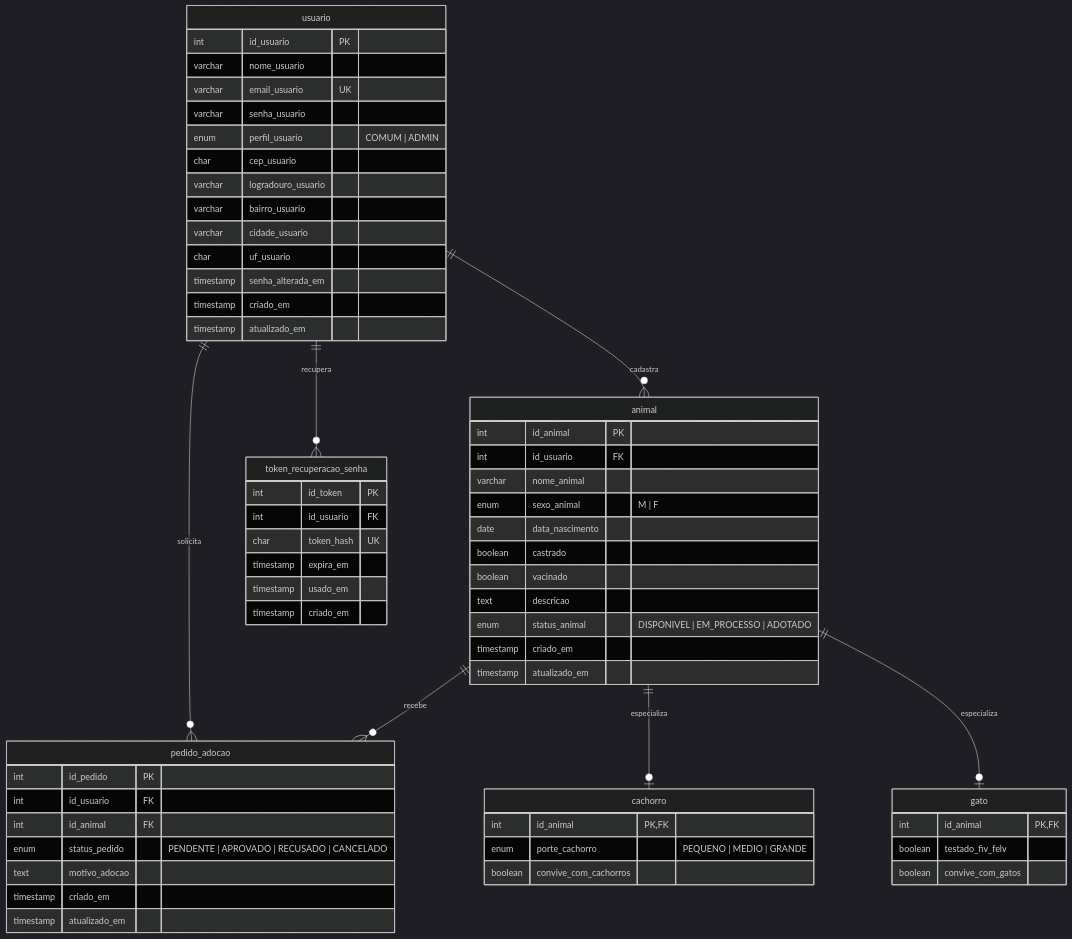
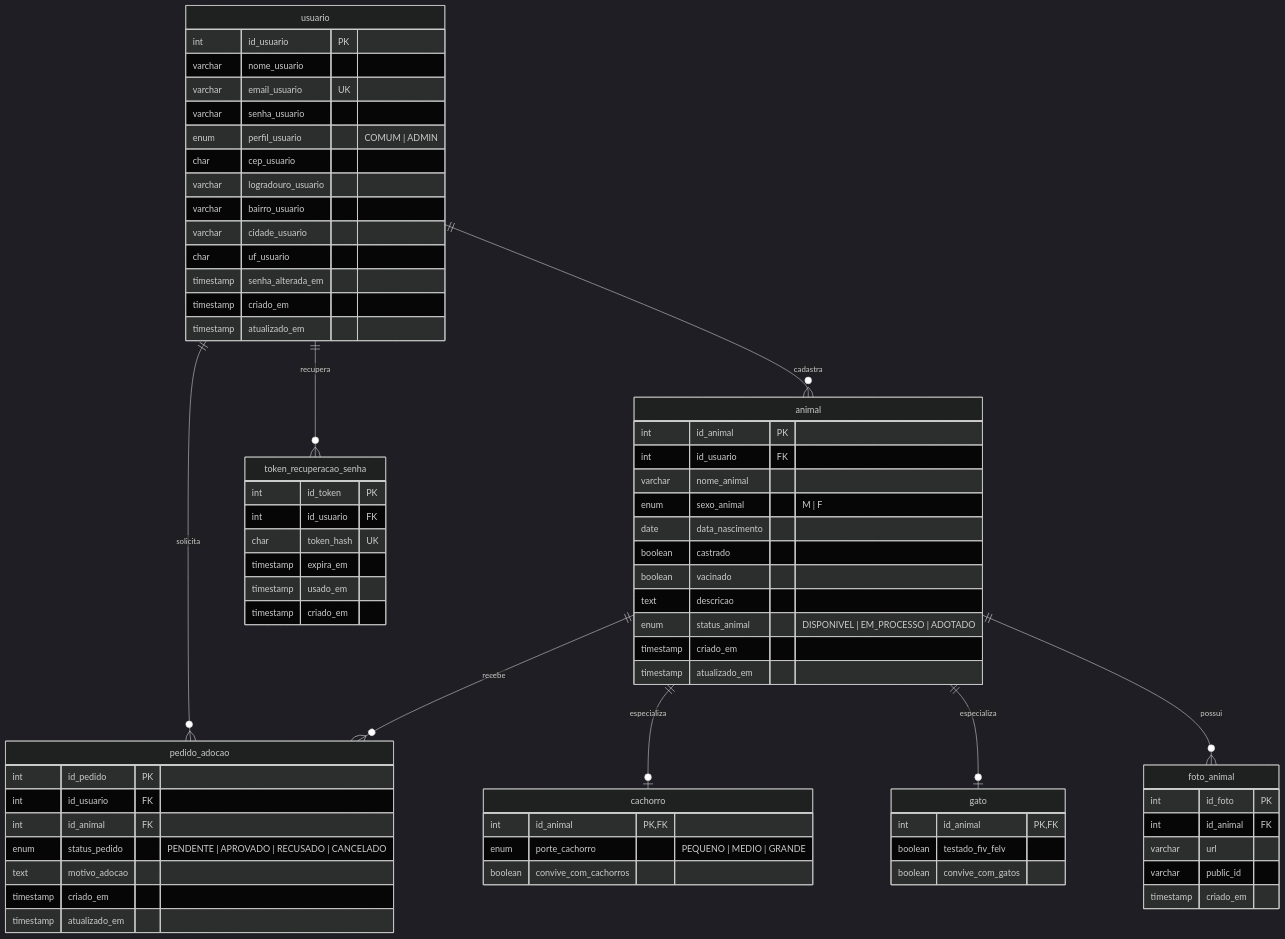
Before and after one commit to IsadoraRB-dge/Trilha-Backend-CompJr: the diagram in README.md, drawn with Mermaid (dark theme). The commit also changed other lines of this file, not shown here.

````diff
--- a/README.md
+++ b/README.md
@@ -63,65 +68,73 @@
 ```mermaid
 erDiagram
     usuario ||--o{ animal : cadastra
     usuario ||--o{ pedido_adocao : solicita
     usuario ||--o{ token_recuperacao_senha : recupera
     animal ||--o{ pedido_adocao : recebe
     animal ||--o| cachorro : especializa
     animal ||--o| gato : especializa
+    animal ||--o{ foto_animal : possui
 
     usuario {
         int id_usuario PK
         varchar nome_usuario
         varchar email_usuario UK
         varchar senha_usuario
         enum perfil_usuario "COMUM | ADMIN"
         char cep_usuario
         varchar logradouro_usuario
         varchar bairro_usuario
         varchar cidade_usuario
         char uf_usuario
         timestamp senha_alterada_em
         timestamp criado_em
         timestamp atualizado_em
     }
     token_recuperacao_senha {
         int id_token PK
         int id_usuario FK
         char token_hash UK
         timestamp expira_em
         timestamp usado_em
         timestamp criado_em
     }
     animal {
         int id_animal PK
         int id_usuario FK
         varchar nome_animal
         enum sexo_animal "M | F"
         date data_nascimento
         boolean castrado
         boolean vacinado
         text descricao
         enum status_animal "DISPONIVEL | EM_PROCESSO | ADOTADO"
         timestamp criado_em
         timestamp atualizado_em
     }
     cachorro {
         int id_animal PK, FK
         enum porte_cachorro "PEQUENO | MEDIO | GRANDE"
         boolean convive_com_cachorros
     }
     gato {
         int id_animal PK, FK
         boolean testado_fiv_felv
         boolean convive_com_gatos
     }
     pedido_adocao {
         int id_pedido PK
         int id_usuario FK
         int id_animal FK
         enum status_pedido "PENDENTE | APROVADO | RECUSADO | CANCELADO"
         text motivo_adocao
         timestamp criado_em
         timestamp atualizado_em
     }
+    foto_animal {
+        int id_foto PK
+        int id_animal FK
+        varchar url
+        varchar public_id
+        timestamp criado_em
+    }
 ```
````
